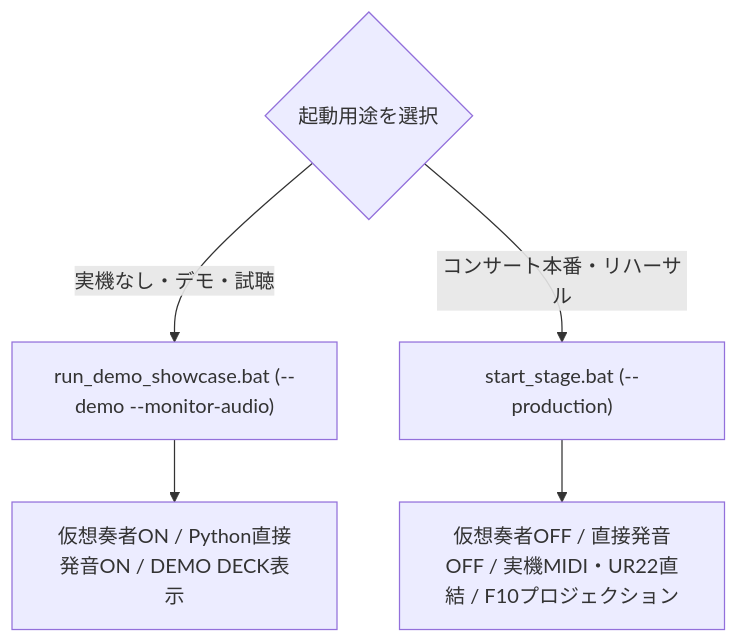
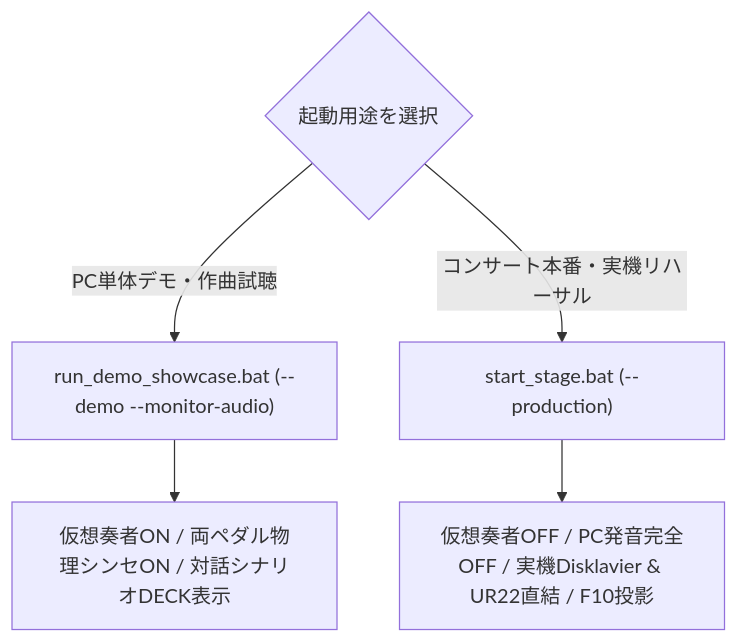
The fourth of 4 diagrams in README.md (AI-Avalon/Disklavier-Auto), drawn with Mermaid before and after one commit. The commit also changed other lines of this file and 57 other files, not shown here.

````diff
--- a/README.md
+++ b/README.md
@@ -104,7 +92,7 @@
 ```mermaid
 flowchart TD
-    Start{"起動用途を選択"} -->|実機なし・デモ・試聴| Demo["run_demo_showcase.bat (--demo --monitor-audio)"]
-    Start -->|コンサート本番・リハーサル| Prod["start_stage.bat (--production)"]
-    Demo --> DemoState["仮想奏者ON / Python直接発音ON / DEMO DECK表示"]
-    Prod --> ProdState["仮想奏者OFF / 直接発音OFF / 実機MIDI・UR22直結 / F10プロジェクション"]
+    Start{"起動用途を選択"} -->|PC単体デモ・作曲試聴| Demo["run_demo_showcase.bat (--demo --monitor-audio)"]
+    Start -->|コンサート本番・実機リハーサル| Prod["start_stage.bat (--production)"]
+    Demo --> DemoState["仮想奏者ON / 両ペダル物理シンセON / 対話シナリオDECK表示"]
+    Prod --> ProdState["仮想奏者OFF / PC発音完全OFF / 実機Disklavier & UR22直結 / F10投影"]
 ```
````
